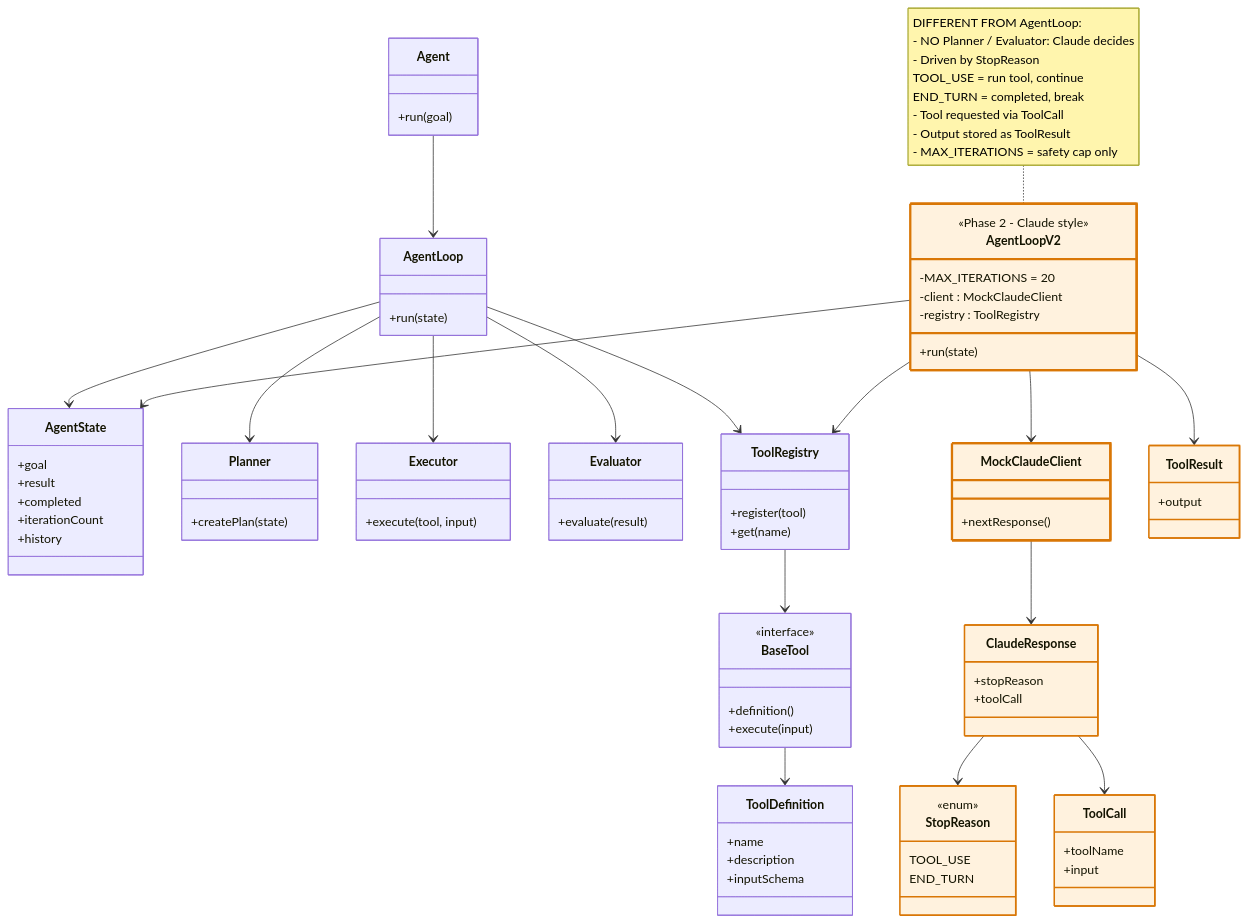
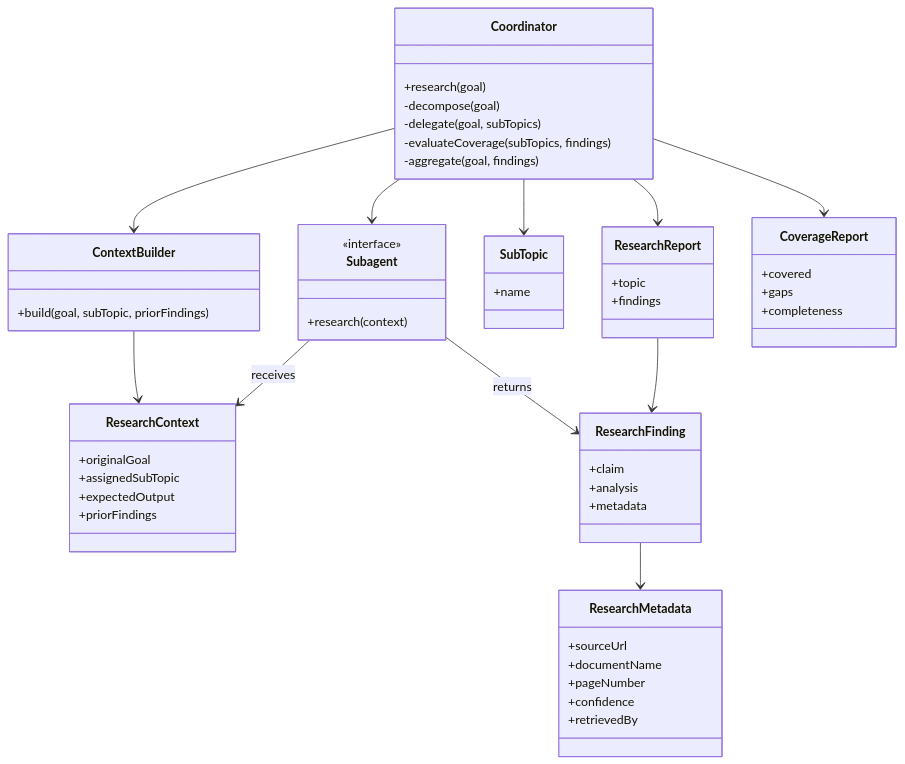
One commit to YashzAlphaGeek/agent-engineering-lab changed the sixth of 6 diagrams in README.md. Above: the diagram before and after it, drawn with Mermaid. The commit also changed other lines of this file and 2 other files, not shown here.

Commit message:
application class update with phase runners

````diff
--- a/README.md
+++ b/README.md
@@ -98,105 +271,67 @@
 ```mermaid
 classDiagram
 
-    class Agent {
-        +run(goal)
+    class Coordinator {
+        +research(goal)
+        -decompose(goal)
+        -delegate(goal, subTopics)
+        -evaluateCoverage(subTopics, findings)
+        -aggregate(goal, findings)
     }
 
-    class AgentLoop {
-        +run(state)
+    class Subagent {
+        <<interface>>
+        +research(context)
     }
 
-    class AgentLoopV2 {
-        <<Phase 2 - Claude style>>
-        -MAX_ITERATIONS = 20
-        -client : MockClaudeClient
-        -registry : ToolRegistry
-        +run(state)
-    }
-    note for AgentLoopV2 "DIFFERENT FROM AgentLoop:<br/>- NO Planner / Evaluator: Claude decides<br/>- Driven by StopReason<br/>   TOOL_USE = run tool, continue<br/>   END_TURN = completed, break<br/>- Tool requested via ToolCall<br/>- Output stored as ToolResult<br/>- MAX_ITERATIONS = safety cap only"
-
-    class AgentState {
-        +goal
-        +result
-        +completed
-        +iterationCount
-        +history
+    class ContextBuilder {
+        +build(goal, subTopic, priorFindings)
     }
 
-    class Planner {
-        +createPlan(state)
+    class ResearchContext {
+        +originalGoal
+        +assignedSubTopic
+        +expectedOutput
+        +priorFindings
     }
 
-    class Executor {
-        +execute(tool, input)
+    class SubTopic {
+        +name
     }
 
-    class Evaluator {
-        +evaluate(result)
+    class ResearchFinding {
+        +claim
+        +analysis
+        +metadata
     }
 
-    class ToolRegistry {
-        +register(tool)
-        +get(name)
+    class ResearchMetadata {
+        +sourceUrl
+        +documentName
+        +pageNumber
+        +confidence
+        +retrievedBy
     }
 
-    class BaseTool {
-        <<interface>>
-        +definition()
-        +execute(input)
+    class ResearchReport {
+        +topic
+        +findings
     }
 
-    class ToolDefinition {
-        +name
-        +description
-        +inputSchema
+    class CoverageReport {
+        +covered
+        +gaps
+        +completeness
     }
 
-    class MockClaudeClient {
-        +nextResponse()
-    }
-
-    class ClaudeResponse {
-        +stopReason
-        +toolCall
-    }
-
-    class StopReason {
-        <<enum>>
-        TOOL_USE
-        END_TURN
-    }
-
-    class ToolCall {
-        +toolName
-        +input
-    }
-
-    class ToolResult {
-        +output
-    }
-
-    Agent --> AgentLoop
-    AgentLoop --> AgentState
-    AgentLoop --> Planner
-    AgentLoop --> Executor
-    AgentLoop --> Evaluator
-    AgentLoop --> ToolRegistry
-    ToolRegistry --> BaseTool
-    BaseTool --> ToolDefinition
-    AgentLoopV2 --> MockClaudeClient
-    AgentLoopV2 --> AgentState
-    AgentLoopV2 --> ToolRegistry
-    MockClaudeClient --> ClaudeResponse
-    ClaudeResponse --> StopReason
-    ClaudeResponse --> ToolCall
-    AgentLoopV2 --> ToolResult
-
-    %% Highlight the new Phase 2 core parts
-    style AgentLoopV2 fill:#fff2de,stroke:#d97706,stroke-width:3px
-    style MockClaudeClient fill:#fff2de,stroke:#d97706,stroke-width:3px
-    style ClaudeResponse fill:#fff2de,stroke:#d97706,stroke-width:2px
-    style StopReason fill:#fff2de,stroke:#d97706,stroke-width:2px
-    style ToolCall fill:#fff2de,stroke:#d97706,stroke-width:2px
-    style ToolResult fill:#fff2de,stroke:#d97706,stroke-width:2px
+    Coordinator --> ContextBuilder
+    Coordinator --> Subagent
+    Coordinator --> SubTopic
+    Coordinator --> CoverageReport
+    Coordinator --> ResearchReport
+    ContextBuilder --> ResearchContext
+    Subagent --> ResearchContext : receives
+    Subagent --> ResearchFinding : returns
+    ResearchFinding --> ResearchMetadata
+    ResearchReport --> ResearchFinding
 ```
````
